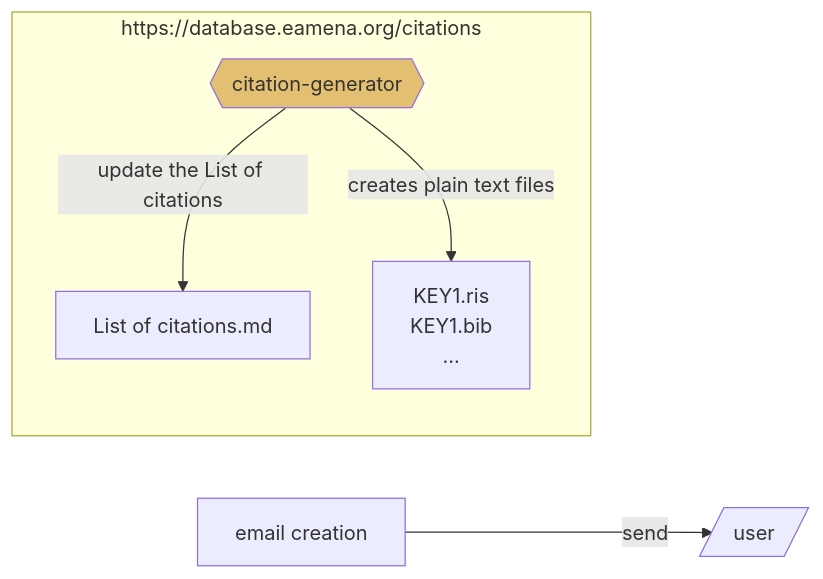
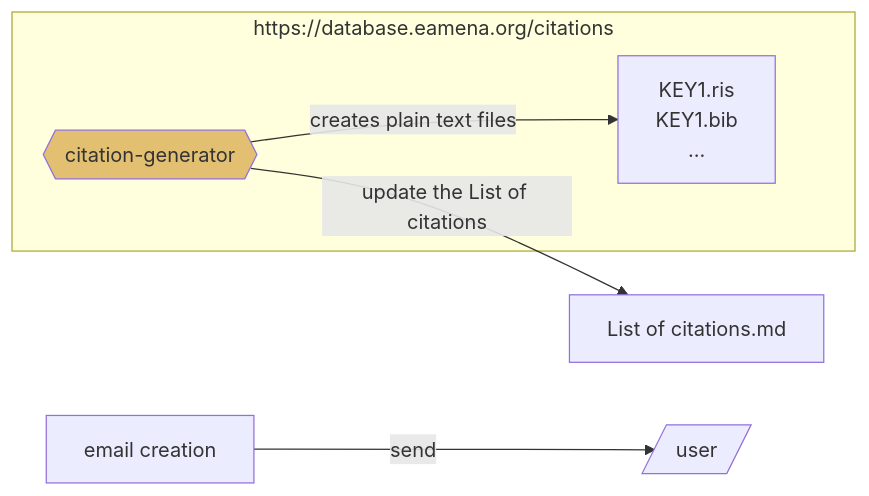
The third of 3 diagrams in data/bibref/README.md (eamena-project/eamena-arches-dev), drawn with Mermaid before and after one commit. The commit also changed other lines of this file, not shown here.

````diff
--- a/data/bibref/README.md
+++ b/data/bibref/README.md
@@ -69,9 +69,9 @@
 ```mermaid
 flowchart LR
+	G{{citation-generator}}:::eamenaFunc -- update the List of citations --> I[List of citations.md]
 	subgraph "https://database.eamena.org/citations"
-	G{{citation-generator}}:::eamenaFunc -- update the List of citations --> I[List of citations.md]
 	G -- creates plain text files --> J[KEY1.ris <br> KEY1.bib <br> ...]
 	end
 	H[email creation] -- send --> Z[/user/];
 	classDef eamenaFunc fill:#e3c071;
 ```
````
